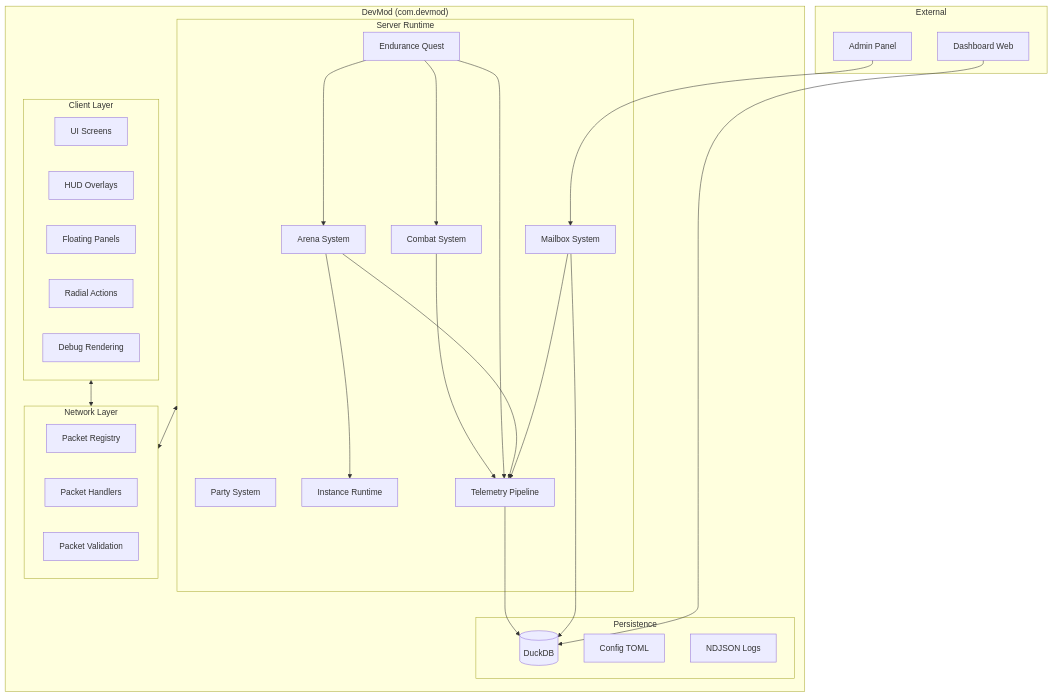
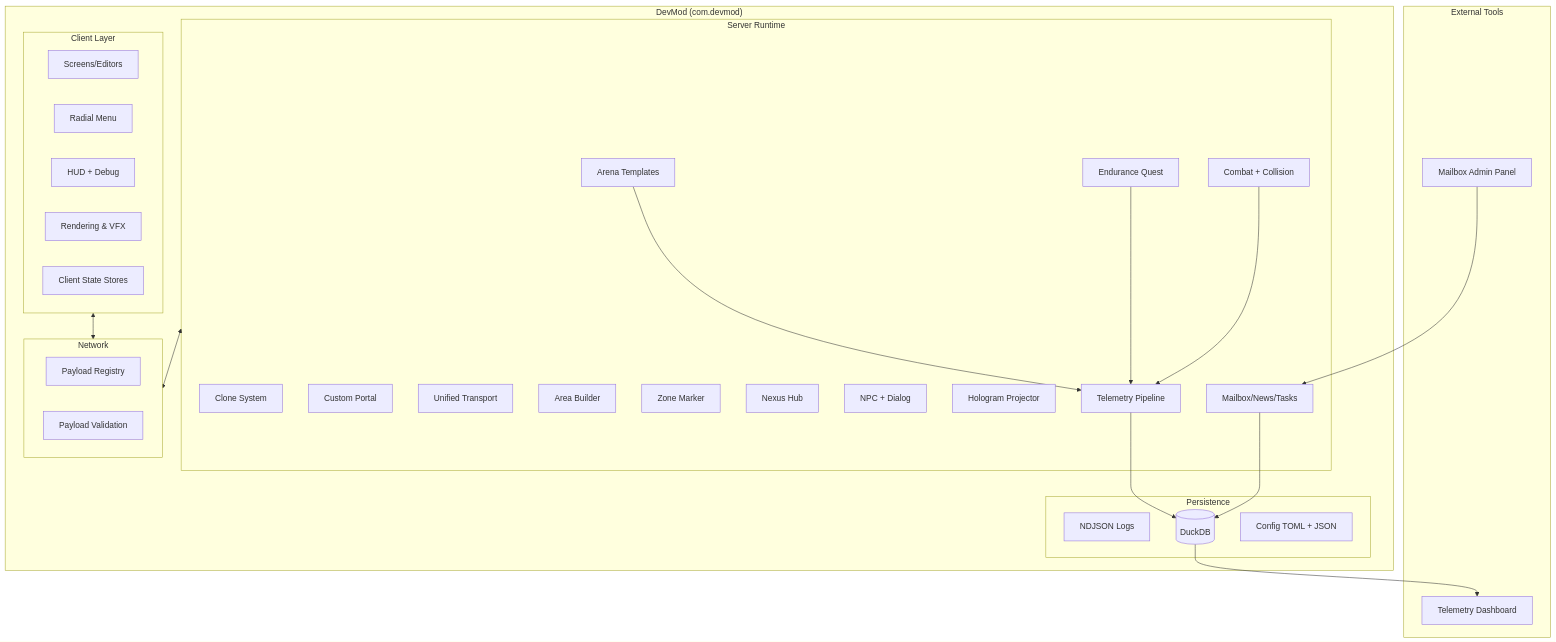
The diagram in docs/ARCHITECTURE.md (Tharidia-Organization/devMod), drawn with Mermaid before and after one commit. The commit also changed other lines of this file and 843 other files, not shown here.

First line of the commit message:
Refactor tests for ChannelIdCollision, SpeakerLine, and PortalData

````diff
--- a/docs/ARCHITECTURE.md
+++ b/docs/ARCHITECTURE.md
@@ -10,56 +9,55 @@
 ```mermaid
 flowchart TB
     subgraph Mod["DevMod (com.devmod)"]
         subgraph Server["Server Runtime"]
-            Arena["Arena System"]
+            Arena["Arena Templates"]
             Endurance["Endurance Quest"]
-            Combat["Combat System"]
-            Party["Party System"]
-            Instance["Instance Runtime"]
-            Mailbox["Mailbox System"]
+            Combat["Combat + Collision"]
+            Clone["Clone System"]
+            Portal["Custom Portal"]
+            Transport["Unified Transport"]
+            Area["Area Builder"]
+            Zone["Zone Marker"]
+            Nexus["Nexus Hub"]
+            NPC["NPC + Dialog"]
+            Hologram["Hologram Projector"]
+            Mailbox["Mailbox/News/Tasks"]
             Telemetry["Telemetry Pipeline"]
         end
 
         subgraph Client["Client Layer"]
-            UI["UI Screens"]
-            Overlay["HUD Overlays"]
-            Panels["Floating Panels"]
-            Actions["Radial Actions"]
-            Rendering["Debug Rendering"]
+            UI["Screens/Editors"]
+            Radial["Radial Menu"]
+            Overlay["HUD + Debug"]
+            Render["Rendering & VFX"]
+            State["Client State Stores"]
         end
 
-        subgraph Network["Network Layer"]
-            Packets["Packet Registry"]
-            Handlers["Packet Handlers"]
-            Validation["Packet Validation"]
+        subgraph Network["Network"]
+            Payloads["Payload Registry"]
+            Validation["Payload Validation"]
         end
 
-        subgraph Persistence["Persistence"]
-            DuckDB[(DuckDB)]
-            Config["Config TOML"]
+        subgraph Storage["Persistence"]
             NDJSON["NDJSON Logs"]
+            DuckDB[("DuckDB")]
+            Config["Config TOML + JSON"]
         end
     end
 
-    subgraph External["External"]
-        Dashboard["Dashboard Web"]
-        AdminPanel["Admin Panel"]
+    subgraph External["External Tools"]
+        Dashboard["Telemetry Dashboard"]
+        AdminPanel["Mailbox Admin Panel"]
     end
 
-    Arena --> Instance
-    Endurance --> Combat
-    Endurance --> Arena
     Combat --> Telemetry
     Endurance --> Telemetry
     Arena --> Telemetry
-    Mailbox --> Telemetry
-
+    Mailbox --> DuckDB
     Telemetry --> DuckDB
-    Mailbox --> DuckDB
+    DuckDB --> Dashboard
+    AdminPanel --> Mailbox
 
     Server <--> Network
     Client <--> Network
-
-    Dashboard --> DuckDB
-    AdminPanel --> Mailbox
 ```
````
